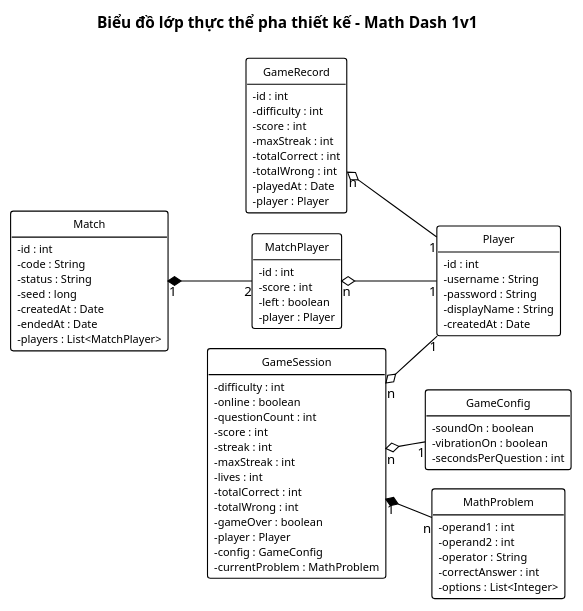
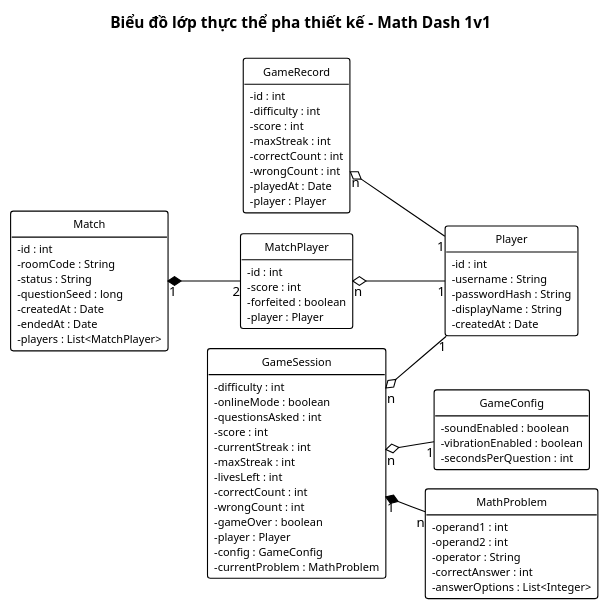
Before and after one commit to HungNguyenBa1811/math-dash: the diagram in docs/chung/lop-thuc-the-thiet-ke.puml, drawn with PlantUML. The commit also changed 4 other files, not shown here.

First line of the commit message:
docs(M1-02): đổi tên thuộc tính rõ nghĩa (forfeited, roomCode, questionSeed, correctCount...), thêm bảng ý nghĩa thuộc tính

```diff
--- a/docs/chung/lop-thuc-the-thiet-ke.puml
+++ b/docs/chung/lop-thuc-the-thiet-ke.puml
@@ -1,89 +1,89 @@
 @startuml lop-thuc-the-thiet-ke
 !pragma layout smetana
 ' === VP Base Theme v2 ===
 skinparam defaultFontName "Segoe UI"
 skinparam defaultFontSize 12
 skinparam shadowing false
 skinparam arrowColor #000000
 skinparam lineColor #000000
 hide circle
 hide empty members
 skinparam classAttributeIconSize 0
 skinparam class {
   BackgroundColor #FFFFFF
   BorderColor #000000
   FontColor #000000
   FontSize 11
   AttributeFontSize 10
   BorderThickness 1
 }
 left to right direction
 title Biểu đồ lớp thực thể pha thiết kế – Math Dash 1v1
 
 class Player {
   - id : int
   - username : String
-  - password : String
+  - passwordHash : String
   - displayName : String
   - createdAt : Date
 }
 class GameConfig {
-  - soundOn : boolean
-  - vibrationOn : boolean
+  - soundEnabled : boolean
+  - vibrationEnabled : boolean
   - secondsPerQuestion : int
 }
 class MathProblem {
   - operand1 : int
   - operand2 : int
   - operator : String
   - correctAnswer : int
-  - options : List<Integer>
+  - answerOptions : List<Integer>
 }
 class GameSession {
   - difficulty : int
-  - online : boolean
-  - questionCount : int
+  - onlineMode : boolean
+  - questionsAsked : int
   - score : int
-  - streak : int
+  - currentStreak : int
   - maxStreak : int
-  - lives : int
-  - totalCorrect : int
-  - totalWrong : int
+  - livesLeft : int
+  - correctCount : int
+  - wrongCount : int
   - gameOver : boolean
   - player : Player
   - config : GameConfig
   - currentProblem : MathProblem
 }
 class GameRecord {
   - id : int
   - difficulty : int
   - score : int
   - maxStreak : int
-  - totalCorrect : int
-  - totalWrong : int
+  - correctCount : int
+  - wrongCount : int
   - playedAt : Date
   - player : Player
 }
 class Match {
   - id : int
-  - code : String
+  - roomCode : String
   - status : String
-  - seed : long
+  - questionSeed : long
   - createdAt : Date
   - endedAt : Date
   - players : List<MatchPlayer>
 }
 class MatchPlayer {
   - id : int
   - score : int
-  - left : boolean
+  - forfeited : boolean
   - player : Player
 }
 
 GameSession "n" o-- "1" Player
 GameSession "n" o-- "1" GameConfig
 GameSession "1" *-- "n" MathProblem
 GameRecord "n" o-- "1" Player
 Match "1" *-- "2" MatchPlayer
 MatchPlayer "n" o-- "1" Player
 @enduml
```
